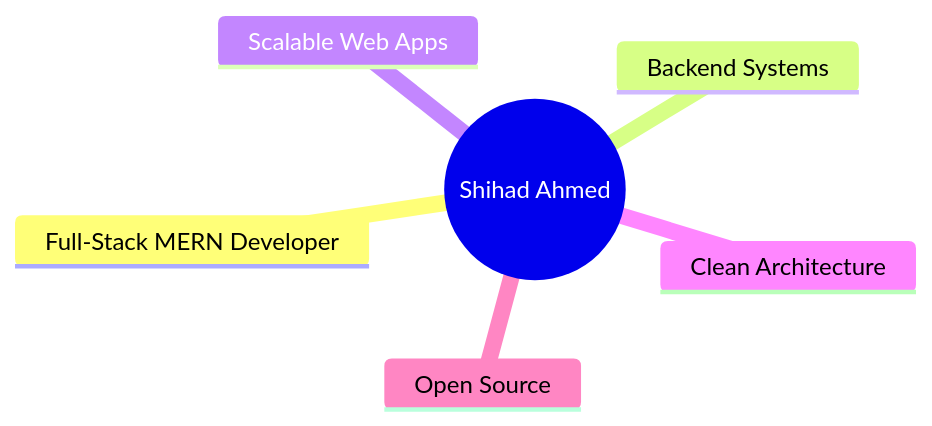
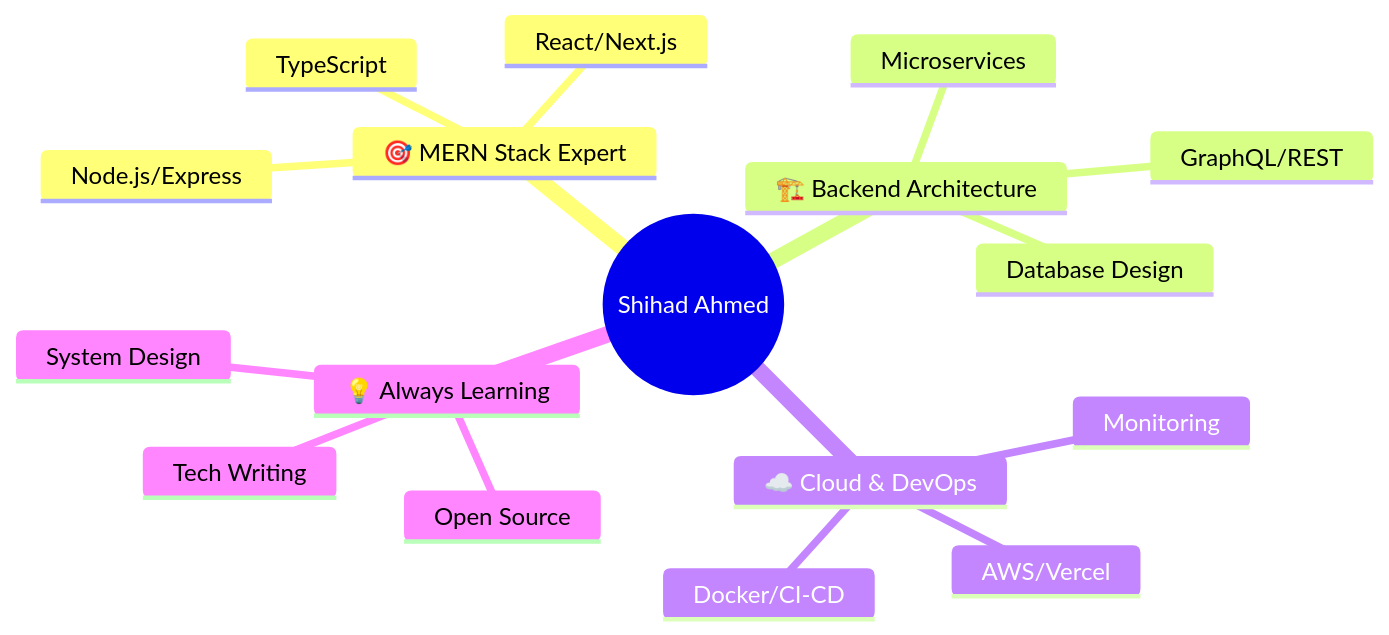
Before and after one commit to shihadahmed/shihadahmed: the diagram in README.md, drawn with Mermaid. The commit also changed other lines of this file, not shown here.

````diff
--- a/README.md
+++ b/README.md
@@ -24,9 +29,20 @@
 ```mermaid
 mindmap
   root((Shihad Ahmed))
-    Full-Stack MERN Developer
-    Backend Systems
-    Scalable Web Apps
-    Clean Architecture
-    Open Source
+    🎯 MERN Stack Expert
+      React/Next.js
+      Node.js/Express
+      TypeScript
+    🏗️ Backend Architecture
+      Microservices
+      GraphQL/REST
+      Database Design
+    ☁️ Cloud & DevOps
+      AWS/Vercel
+      Docker/CI-CD
+      Monitoring
+    💡 Always Learning
+      System Design
+      Open Source
+      Tech Writing
 ```
````
